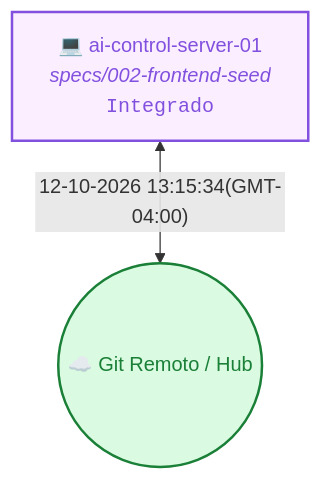
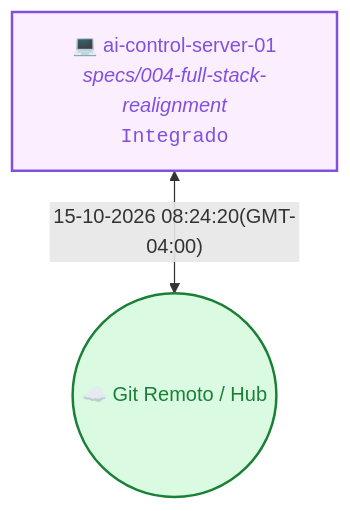
The diagram in README.md (andreticba/ai-control-context), drawn with Mermaid before and after one commit. The commit also changed other lines of this file and 11 other files, not shown here.

````diff
--- a/README.md
+++ b/README.md
@@ -20,8 +20,8 @@
 ```mermaid
 flowchart TD
   Cloud(("☁️ Git Remoto / Hub"))
-  M_c01fdc4a["💻 ai-control-server-01<br/><i>specs/002-frontend-seed</i><br/><code>Integrado</code>"]
-  M_c01fdc4a <-->|"12-10-2026 13:15:34(GMT-04:00)"| Cloud
+  M_c01fdc4a["💻 ai-control-server-01<br/><i>specs/004-full-stack-realignment</i><br/><code>Integrado</code>"]
+  M_c01fdc4a <-->|"15-10-2026 08:24:20(GMT-04:00)"| Cloud
   style M_c01fdc4a stroke:#8250df,stroke-width:2px,fill:#fbefff,color:#8250df
   style Cloud stroke:#1a7f37,stroke-width:2px,fill:#dafbe1,color:#1a7f37
 ```
````
